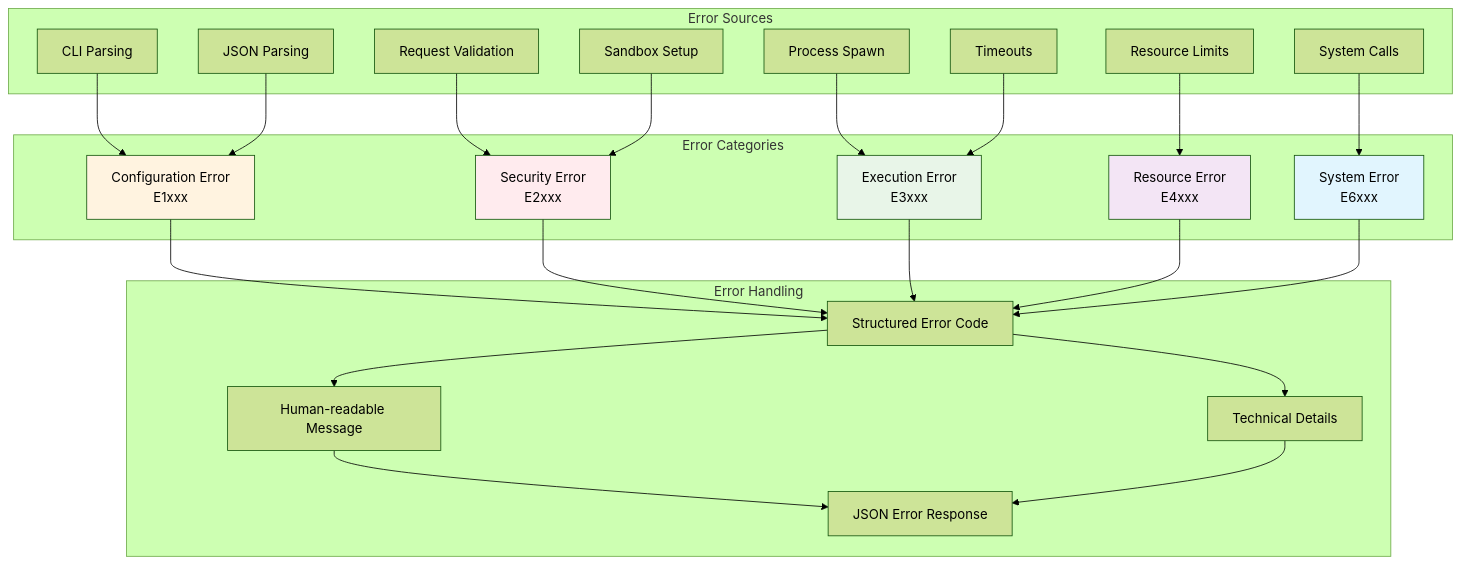
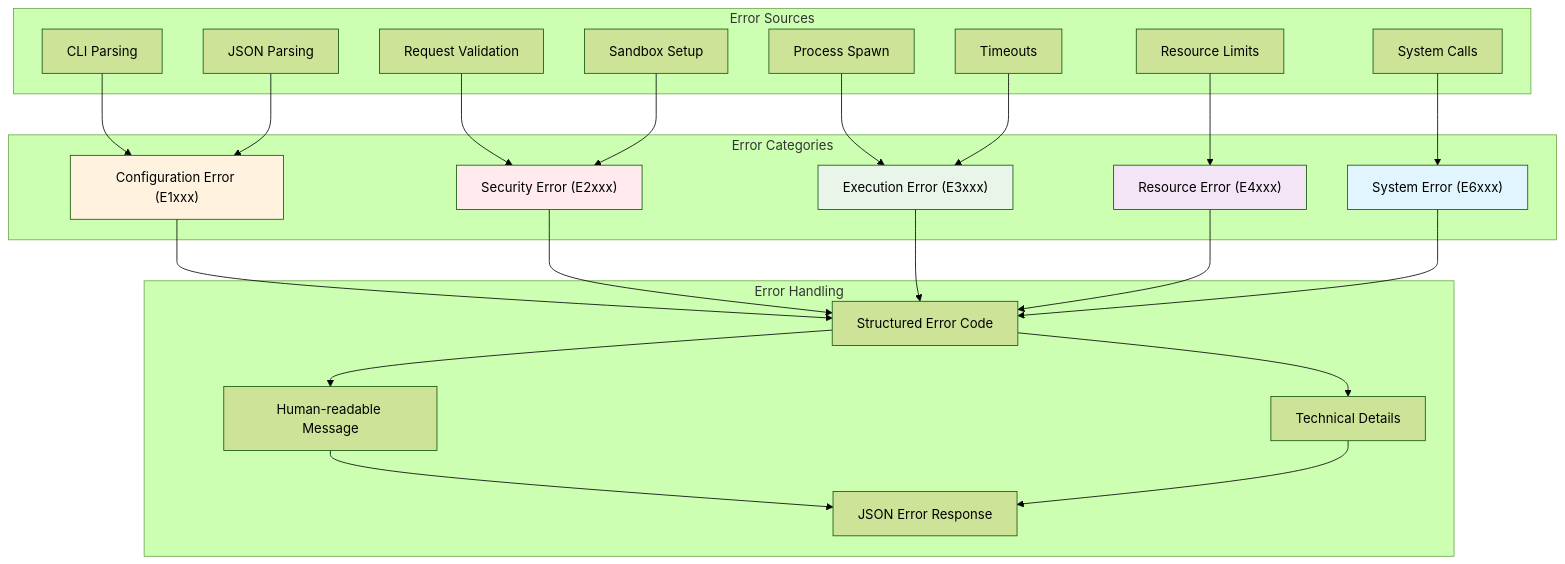
Before and after one commit to haasonsaas/capsule-run: the sixth of 7 diagrams in docs/architecture-diagrams.md, drawn with Mermaid (forest theme). The commit also changed other lines of this file, not shown here.

First line of the commit message:
Fix Mermaid syntax errors in architecture diagrams

````diff
--- a/docs/architecture-diagrams.md
+++ b/docs/architecture-diagrams.md
@@ -335,54 +335,54 @@
 ```mermaid
 graph TD
     subgraph "Error Categories"
-        ConfigError[Configuration Error<br/>E1xxx]
-        SecurityError[Security Error<br/>E2xxx]
-        ExecutionError[Execution Error<br/>E3xxx]
-        ResourceError[Resource Error<br/>E4xxx]
-        SystemError[System Error<br/>E6xxx]
+        ConfigError["Configuration Error (E1xxx)"]
+        SecurityError["Security Error (E2xxx)"]
+        ExecutionError["Execution Error (E3xxx)"]
+        ResourceError["Resource Error (E4xxx)"]
+        SystemError["System Error (E6xxx)"]
     end
     
     subgraph "Error Sources"
         CLIParsing[CLI Parsing]
         JSONParsing[JSON Parsing]
         Validation[Request Validation]
         SandboxSetup[Sandbox Setup]
         ProcessSpawn[Process Spawn]
         ResourceLimits[Resource Limits]
         Timeouts[Timeouts]
         SystemCalls[System Calls]
     end
     
     subgraph "Error Handling"
         ErrorCode[Structured Error Code]
         ErrorMessage[Human-readable Message]
         ErrorDetails[Technical Details]
         JSONResponse[JSON Error Response]
     end
     
     CLIParsing --> ConfigError
     JSONParsing --> ConfigError
     Validation --> SecurityError
     SandboxSetup --> SecurityError
     ProcessSpawn --> ExecutionError
     ResourceLimits --> ResourceError
     Timeouts --> ExecutionError
     SystemCalls --> SystemError
     
     ConfigError --> ErrorCode
     SecurityError --> ErrorCode
     ExecutionError --> ErrorCode
     ResourceError --> ErrorCode
     SystemError --> ErrorCode
     
     ErrorCode --> ErrorMessage
     ErrorCode --> ErrorDetails
     ErrorMessage --> JSONResponse
     ErrorDetails --> JSONResponse
     
     style ConfigError fill:#fff3e0
     style SecurityError fill:#ffebee
     style ExecutionError fill:#e8f5e8
     style ResourceError fill:#f3e5f5
     style SystemError fill:#e1f5fe
 ```
````
